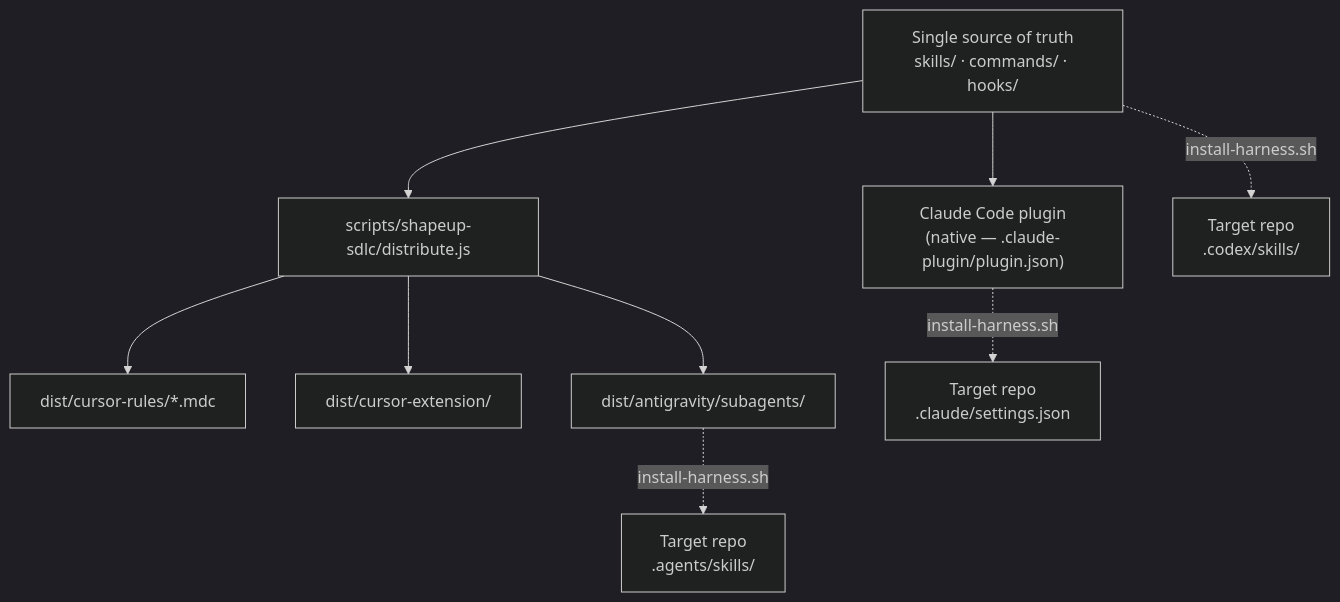
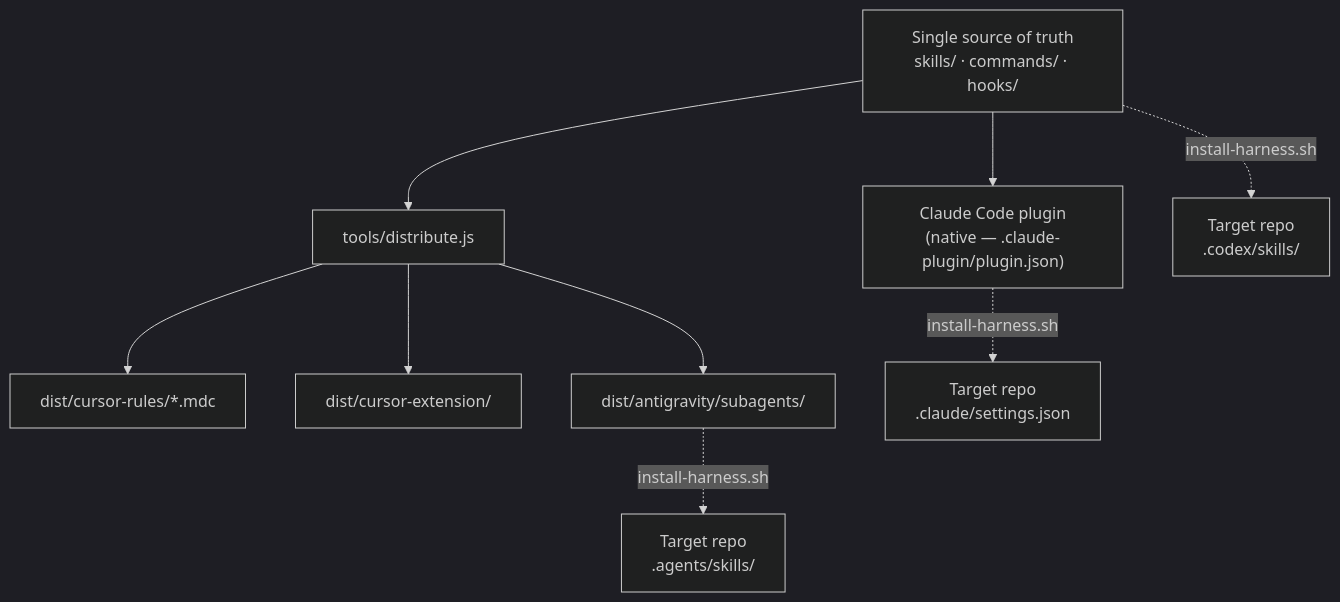
Before and after one commit to nguyenvanphituoc/shapeup-sdlc-plugin: the third of 3 diagrams in docs/design/03-system-design.md, drawn with Mermaid (dark theme). The commit also changed other lines of this file and 162 other files, not shown here.

````diff
--- a/docs/design/03-system-design.md
+++ b/docs/design/03-system-design.md
@@ -276,12 +330,12 @@
 ```mermaid
 graph TD
     SRC["Single source of truth\nskills/ · commands/ · hooks/"]
     SRC --> CC["Claude Code plugin\n(native — .claude-plugin/plugin.json)"]
-    SRC --> DIST["scripts/shapeup-sdlc/distribute.js"]
+    SRC --> DIST["tools/distribute.js"]
     DIST --> CUR1["dist/cursor-rules/*.mdc"]
     DIST --> CUR2["dist/cursor-extension/"]
     DIST --> ANT["dist/antigravity/subagents/"]
     CC -.->|install-harness.sh| PROJ1["Target repo\n.claude/settings.json"]
     ANT -.->|install-harness.sh| PROJ2["Target repo\n.agents/skills/"]
     SRC -.->|install-harness.sh| PROJ3["Target repo\n.codex/skills/"]
 ```
````
